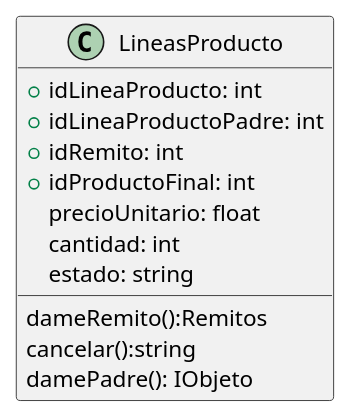
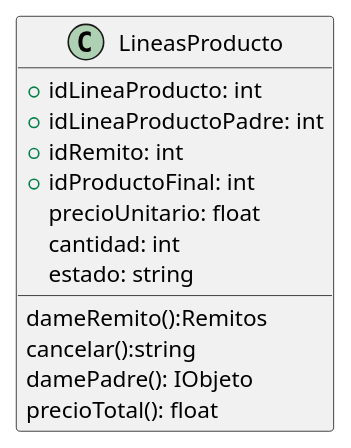
One commit to ZMGestion/DocumentacionZMGestion changed the diagram in DiagramaClases/Clases/LineasProducto.puml. Above: the diagram before and after it, drawn with PlantUML. The commit also changed 2 other files, not shown here.

```diff
--- a/DiagramaClases/Clases/LineasProducto.puml
+++ b/DiagramaClases/Clases/LineasProducto.puml
@@ -1,15 +1,16 @@
 @startuml LineasProducto
 class LineasProducto{
     +idLineaProducto: int
     +idLineaProductoPadre: int
     +idRemito: int
     +idProductoFinal: int
     precioUnitario: float
     cantidad: int
     estado: string
 
     dameRemito():Remitos
     cancelar():string
     damePadre(): IObjeto
+    precioTotal(): float
 }
 @enduml
```
